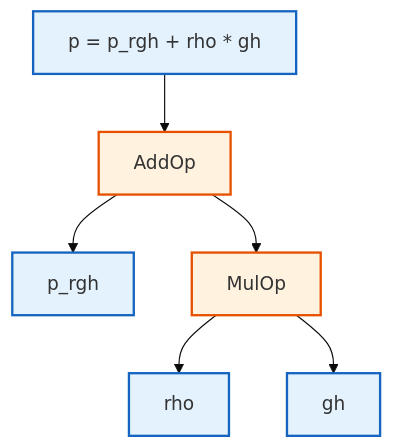
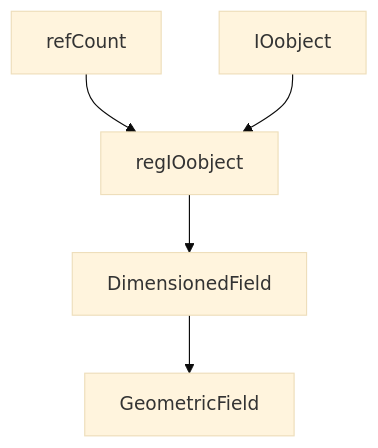
The diagram in MODULE_05_OPENFOAM_PROGRAMMING/CONTENT/05_FIELDS_GEOMETRICFIELDS/03_Inheritance_Hierarchy.md (wramet/build-my-cfd), drawn with Mermaid (base theme) before and after one commit. The commit also changed other lines of this file and 384 other files, not shown here.

````diff
--- a/MODULE_05_OPENFOAM_PROGRAMMING/CONTENT/05_FIELDS_GEOMETRICFIELDS/03_Inheritance_Hierarchy.md
+++ b/MODULE_05_OPENFOAM_PROGRAMMING/CONTENT/05_FIELDS_GEOMETRICFIELDS/03_Inheritance_Hierarchy.md
@@ -703,19 +9,7 @@
 ```mermaid
 flowchart TD
-%% Classes
-classDef explicit fill:#fff3e0,stroke:#e65100,stroke-width:2px;
-classDef implicit fill:#e3f2fd,stroke:#1565c0,stroke-width:2px;
-%% Nodes
-A["p = p_rgh + rho * gh"]:::implicit
-B[AddOp]:::explicit
-C[p_rgh]:::implicit
-D[MulOp]:::explicit
-E[rho]:::implicit
-F[gh]:::implicit
-
-A --> B
-B --> C
-B --> D
-D --> E
-D --> F
+    A[refCount] --> B[regIOobject]
+    C[IOobject] --> B
+    B --> D[DimensionedField]
+    D --> E[GeometricField]
 ```
````
